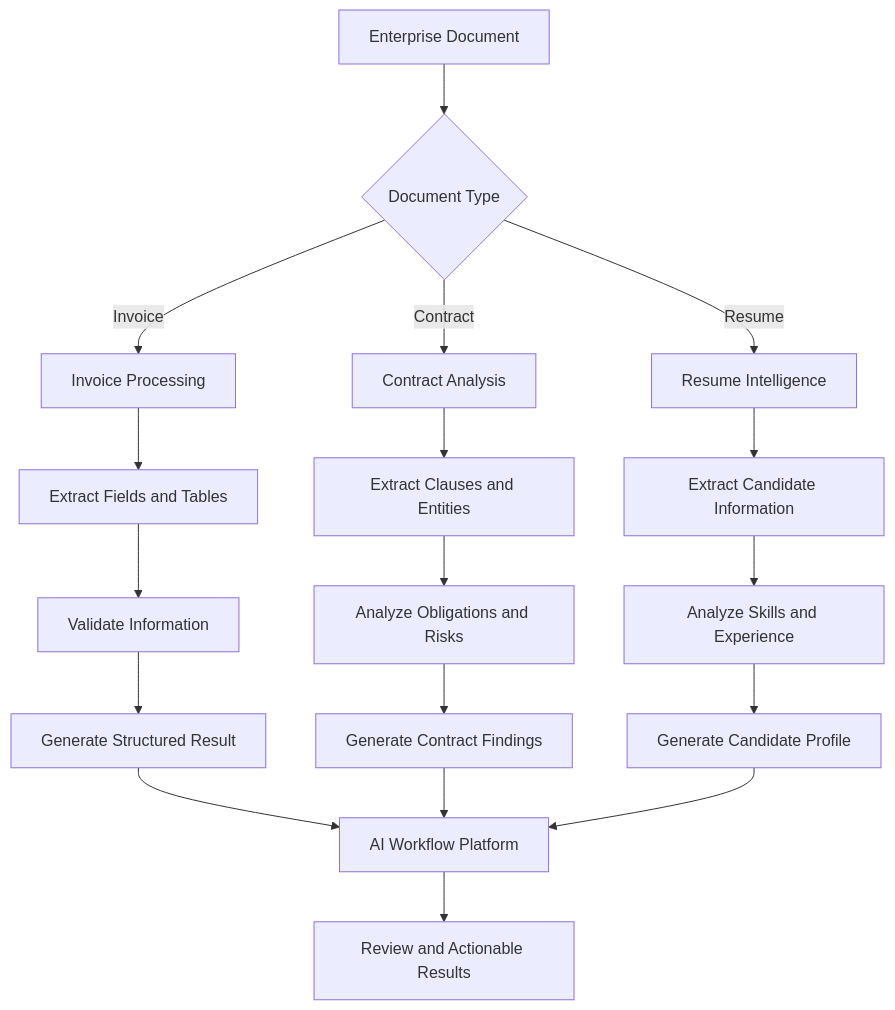
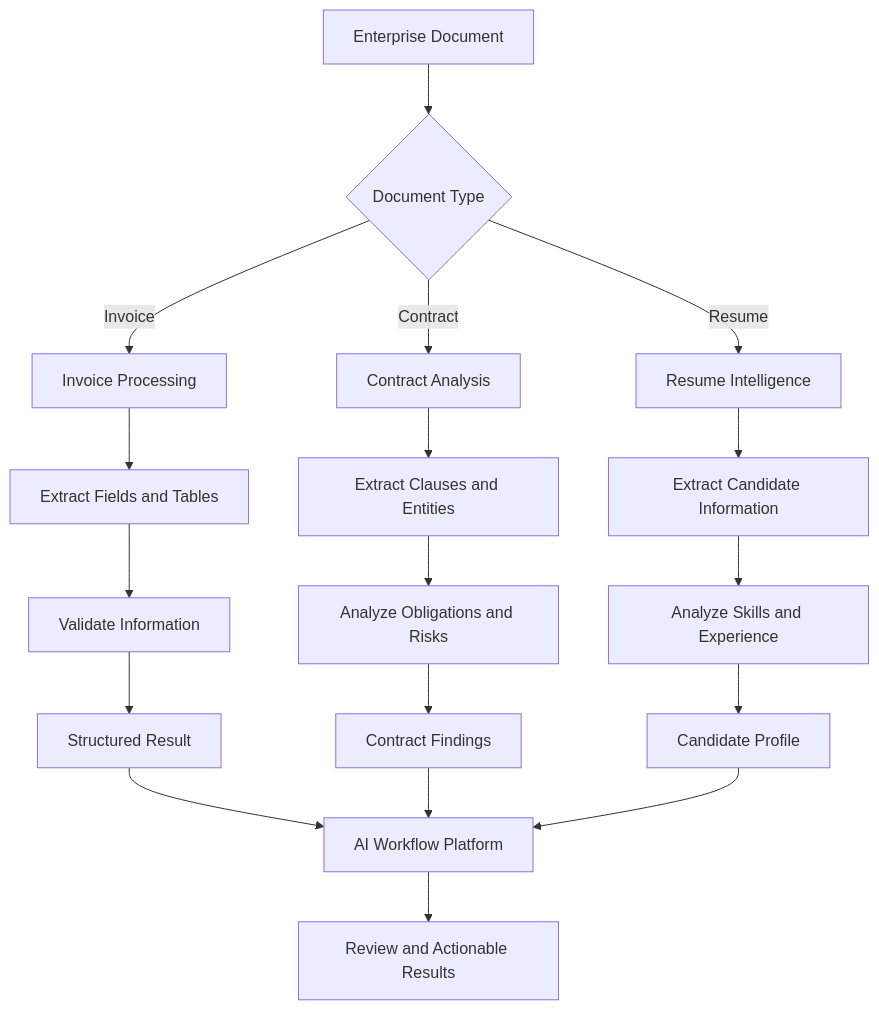
One commit to garimakumari44/enterprize_ai changed the eighth of 14 diagrams in README.md. Above: the diagram before and after it, drawn with Mermaid. The commit also changed other lines of this file, not shown here.

Commit message:
Update README with architecture and platform documentation

````diff
--- a/README.md
+++ b/README.md
@@ -469,26 +394,26 @@
 ```mermaid
 flowchart TD
     A[Enterprise Document] --> B{Document Type}
 
     B -->|Invoice| C[Invoice Processing]
     B -->|Contract| D[Contract Analysis]
     B -->|Resume| E[Resume Intelligence]
 
     C --> C1[Extract Fields and Tables]
     C1 --> C2[Validate Information]
-    C2 --> C3[Generate Structured Result]
+    C2 --> C3[Structured Result]
 
     D --> D1[Extract Clauses and Entities]
     D1 --> D2[Analyze Obligations and Risks]
-    D2 --> D3[Generate Contract Findings]
+    D2 --> D3[Contract Findings]
 
     E --> E1[Extract Candidate Information]
     E1 --> E2[Analyze Skills and Experience]
-    E2 --> E3[Generate Candidate Profile]
+    E2 --> E3[Candidate Profile]
 
     C3 --> F[AI Workflow Platform]
     D3 --> F
     E3 --> F
 
     F --> G[Review and Actionable Results]
 ```
````
